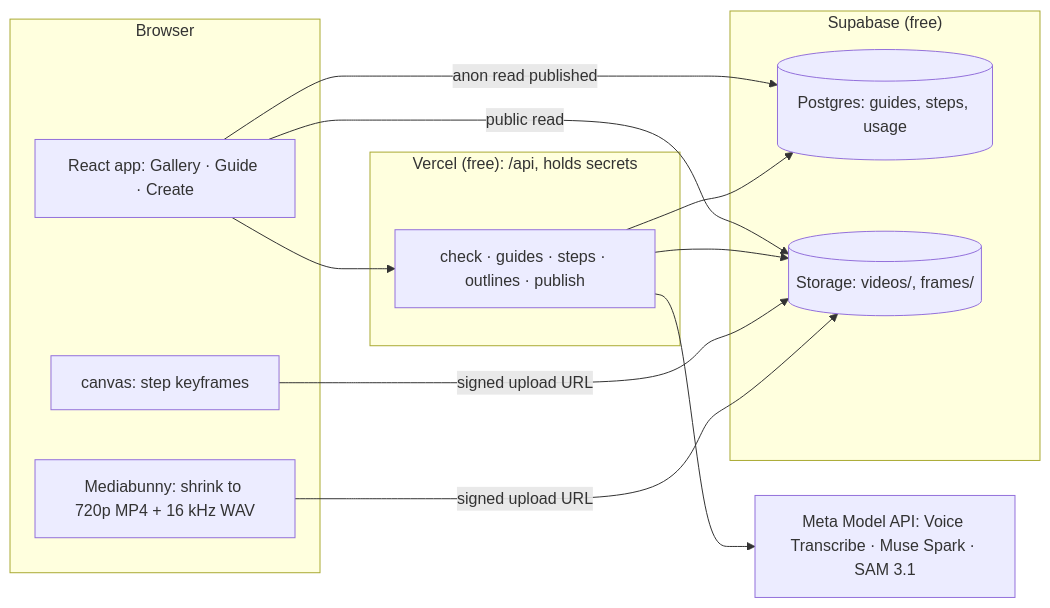
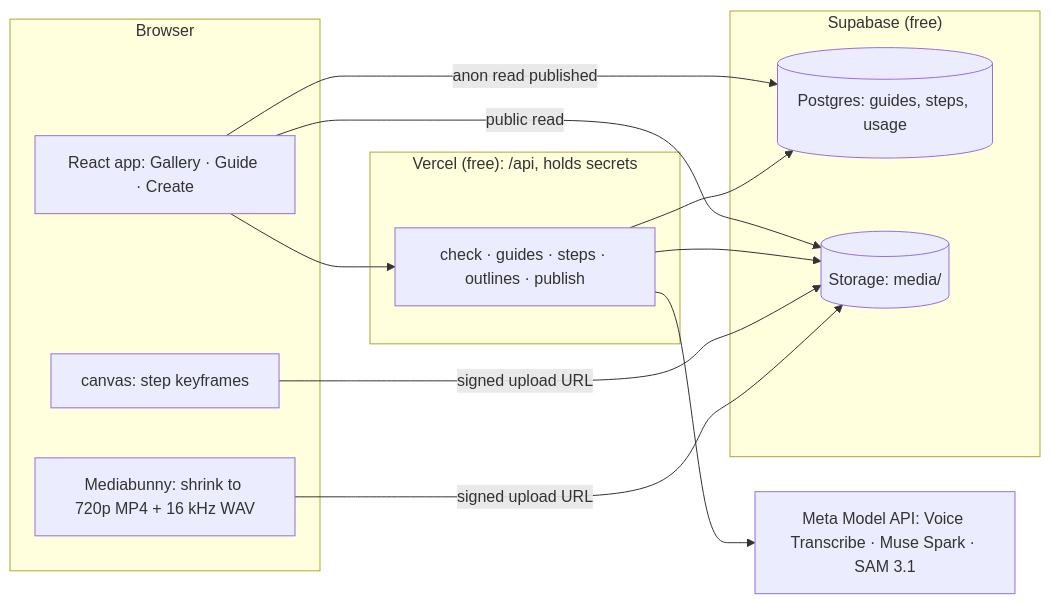
The diagram in apps/showhow/docs/ARCHITECTURE.md (muhammadtalhaishtiaq/goodfix), drawn with Mermaid before and after one commit. The commit also changed other lines of this file and 2 other files, not shown here.

Commit message:
T3: Supabase schema (RLS, usage caps, media bucket) and RLS check script

````diff
--- a/apps/showhow/docs/ARCHITECTURE.md
+++ b/apps/showhow/docs/ARCHITECTURE.md
@@ -7,24 +7,24 @@
 ```mermaid
 flowchart LR
   subgraph Browser
     UI[React app: Gallery · Guide · Create]
     MB[Mediabunny: shrink to 720p MP4 + 16 kHz WAV]
     KF[canvas: step keyframes]
   end
   subgraph Vercel["Vercel (free): /api, holds secrets"]
     API[check · guides · steps · outlines · publish]
   end
   subgraph Supabase["Supabase (free)"]
     PG[(Postgres: guides, steps, usage)]
-    ST[(Storage: videos/, frames/)]
+    ST[(Storage: media/)]
   end
   META[Meta Model API: Voice Transcribe · Muse Spark · SAM 3.1]
   UI --> API
   MB -- signed upload URL --> ST
   KF -- signed upload URL --> ST
   API --> PG
   API --> ST
   API --> META
   UI -- public read --> ST
   UI -- anon read published --> PG
 ```
````
